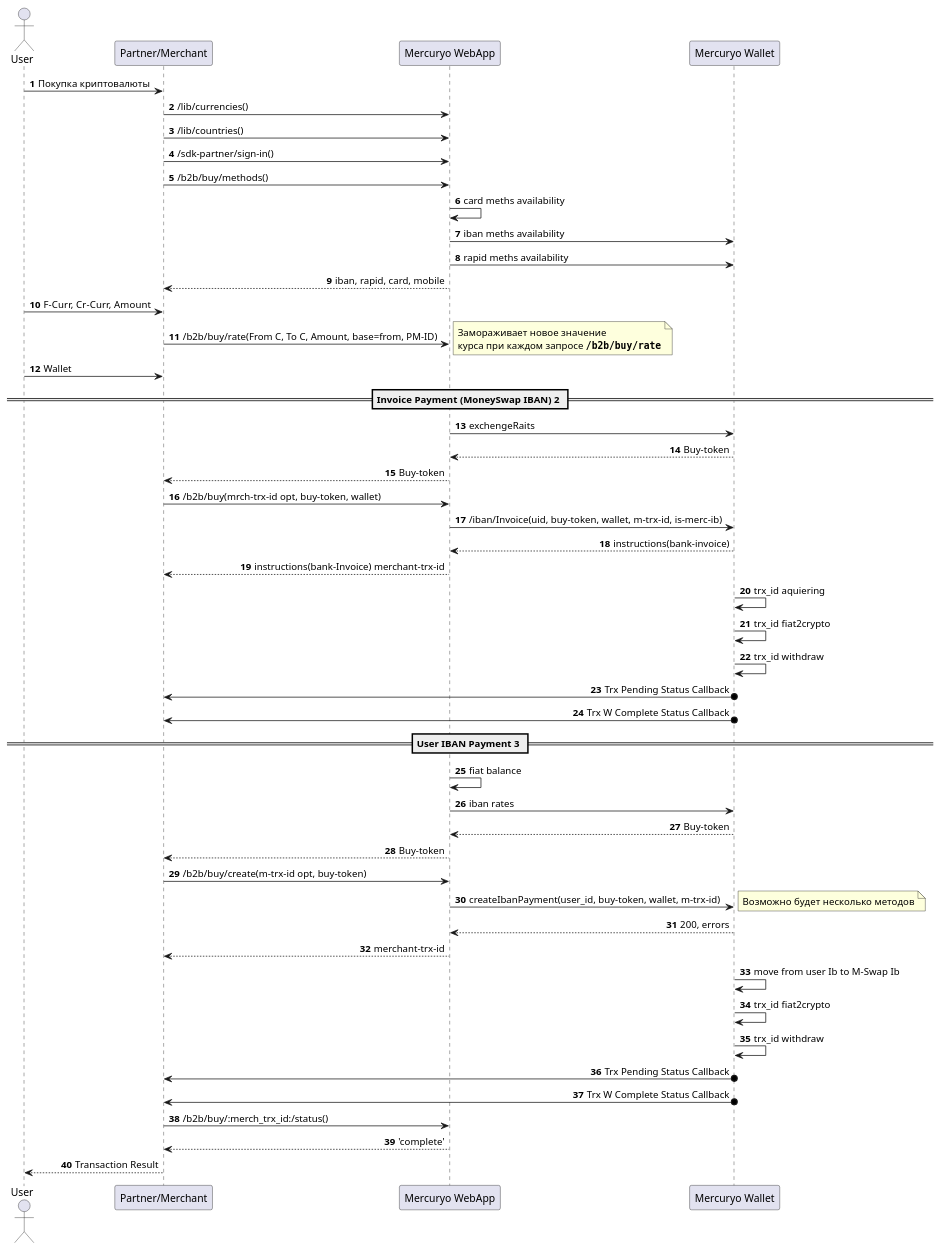
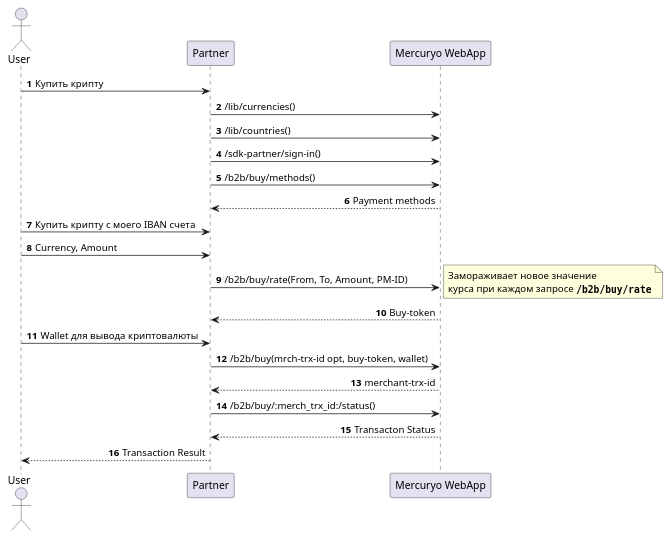
The diagram in 3 Buy IBAN/:b2b:iban:buy.puml (mercuryoio/BAAS-API), drawn with PlantUML before and after one commit. The commit also changed 9 other files, not shown here.

```diff
--- a/3 Buy IBAN/:b2b:iban:buy.puml
+++ b/3 Buy IBAN/:b2b:iban:buy.puml
@@ -1,68 +1,40 @@
 @startuml
 ' This UML source uses PlantUML format.
 ' https://plantuml.com/sequence-diagram for syntax details.
 ' Optional styles
 
 skinparam shadowing false
 skinparam SequenceMessageAlign direction
 
 autonumber
 
 actor User as user
-participant "Partner/Merchant" as part
+participant "Partner" as part
 participant "Mercuryo WebApp" as merc
-participant "Mercuryo Wallet" as wall
 
-user -> part: Покупка криптовалюты
+actor User as user
+participant "Partner" as part
+participant "Mercuryo" as merc
+
+user -> part: Купить крипту
 part -> merc: /lib/currencies()
 part -> merc: /lib/countries()
 part -> merc: /sdk-partner/sign-in()
 part -> merc: /b2b/buy/methods()
-merc -> merc: card meths availability
-merc -> wall: iban meths availability
-merc -> wall: rapid meths availability
-merc --> part: iban, rapid, card, mobile
-user -> part: F-Curr, Cr-Curr, Amount
-part -> merc: /b2b/buy/rate(From C, To C, Amount, base=from, PM-ID)
+merc --> part: Payment methods
+user -> part: Купить крипту c моего IBAN счета
+user -> part: Currency, Amount
+part -> merc: /b2b/buy/rate(From, To, Amount, PM-ID)
 note right
 Замораживает новое значение
 курса при каждом запросе **""/b2b/buy/rate""**
 end note
-user -> part: Wallet
-== Invoice Payment (MoneySwap IBAN) 2 ==
-merc -> wall: exchengeRaits
-wall --> merc: Buy-token
 merc --> part: Buy-token
+user -> part: Wallet для вывода криптовалюты
 part -> merc: /b2b/buy(mrch-trx-id opt, buy-token, wallet)
-merc -> wall: /iban/Invoice(uid, buy-token, wallet, m-trx-id, is-merc-ib)
-wall --> merc: instructions(bank-invoice)
-merc --> part: instructions(bank-Invoice) merchant-trx-id
-wall -> wall: trx_id aquiering
-wall -> wall: trx_id fiat2crypto
-wall -> wall: trx_id withdraw
-' f2c callback нужен?
-' реферальные начисления не забыть (партнерам клиентам)
-wall o-> part: Trx Pending Status Callback
-wall o-> part: Trx W Complete Status Callback
-== User IBAN Payment 3 ==
-merc -> merc: fiat balance
-merc -> wall: iban rates
-wall --> merc: Buy-token
-merc --> part: Buy-token
-part -> merc: /b2b/buy/create(m-trx-id opt, buy-token)
-merc -> wall: createIbanPayment(user_id, buy-token, wallet, m-trx-id)
-note right
-Возможно будет несколько методов
-end note
-wall --> merc: 200, errors
 merc --> part: merchant-trx-id
-wall -> wall: move from user Ib to M-Swap Ib
-wall -> wall: trx_id fiat2crypto
-wall -> wall: trx_id withdraw
-wall o-> part: Trx Pending Status Callback
-wall o-> part: Trx W Complete Status Callback
 part -> merc: /b2b/buy/:merch_trx_id:/status()
-merc --> part: 'complete'
+merc --> part: Transacton Status
 part --> user: Transaction Result
 
 @enduml
```
